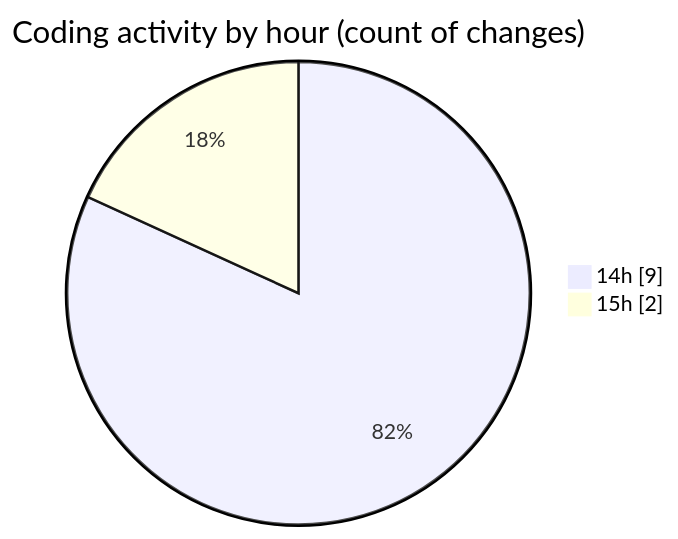
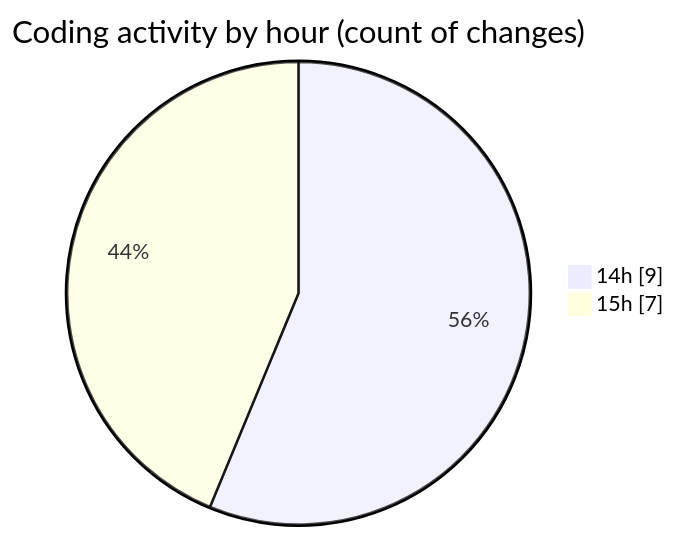
The second of 2 diagrams in 2025-06-17/projects/README.md (Ritupan-Deka/code-tracking), drawn with Mermaid before and after one commit. The commit also changed other lines of this file and 1 other file, not shown here.

````diff
--- a/2025-06-17/projects/README.md
+++ b/2025-06-17/projects/README.md
@@ -28,6 +28,6 @@
 ```mermaid
 pie showData
 title Coding activity by hour (count of changes)
 "14h" : 9
-"15h" : 2
+"15h" : 7
 ```
````
